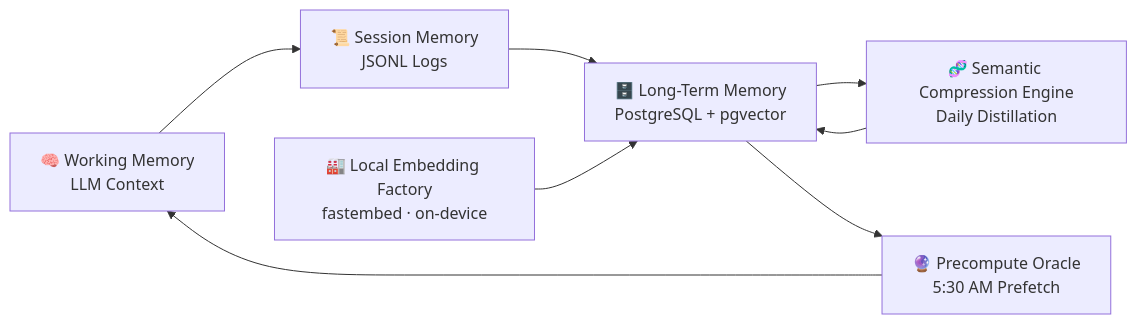
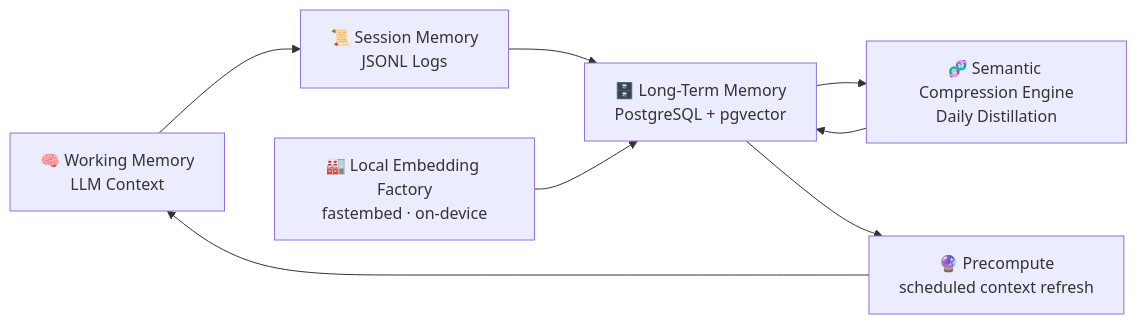
Before and after one commit to hd719/cortana: the seventh of 10 diagrams in README.md, drawn with Mermaid. The commit also changed other lines of this file and 100 other files, not shown here.

````diff
--- a/README.md
+++ b/README.md
@@ -467,12 +450,12 @@
 ```mermaid
 graph LR
     W[🧠 Working Memory<br/>LLM Context] --> S[📜 Session Memory<br/>JSONL Logs]
     S --> L[🗄️ Long-Term Memory<br/>PostgreSQL + pgvector]
 
     E[🏭 Local Embedding Factory<br/>fastembed · on-device] --> L
     L --> C[🧬 Semantic Compression Engine<br/>Daily Distillation]
     C --> L
 
-    O[🔮 Precompute Oracle<br/>5:30 AM Prefetch] --> W
+    O[🔮 Precompute<br/>scheduled context refresh] --> W
     L --> O
 ```
````
